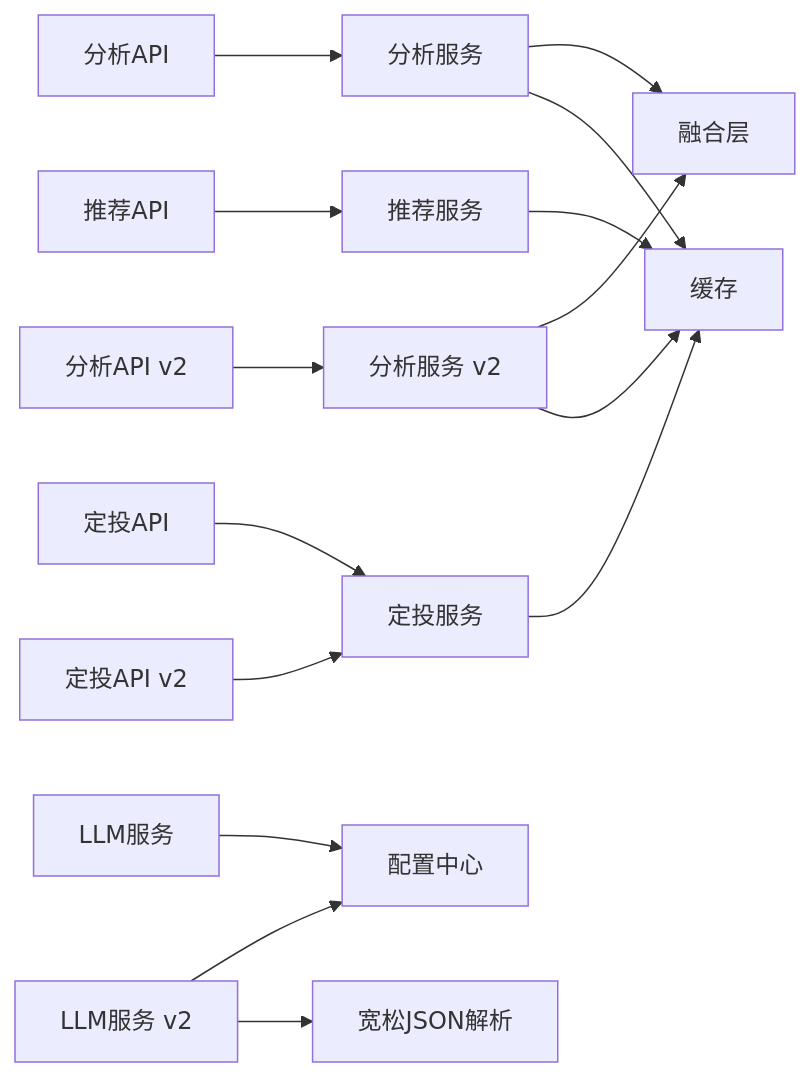
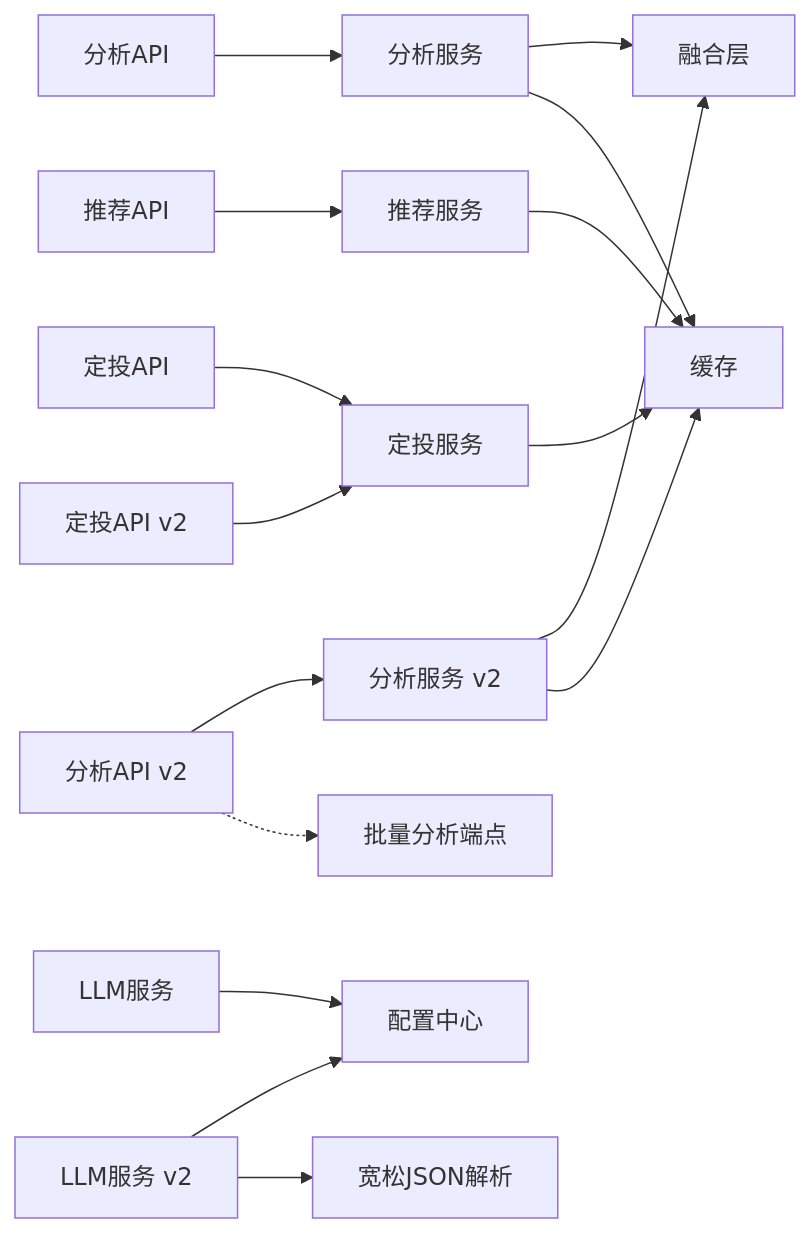
Diagram 11 of 12 in .qoder/repowiki/zh/content/核心功能模块/AI分析服务.md (youkell85/FundTrader), drawn with Mermaid before and after one commit. The commit also changed other lines of this file and 7 other files, not shown here.

````diff
--- a/.qoder/repowiki/zh/content/核心功能模块/AI分析服务.md
+++ b/.qoder/repowiki/zh/content/核心功能模块/AI分析服务.md
@@ -427,17 +468,18 @@
 ```mermaid
 graph LR
 API_A["分析API"] --> SVC_A["分析服务"]
 API_AV2["分析API v2"] --> SVC_AV2["分析服务 v2"]
 API_R["推荐API"] --> SVC_RE["推荐服务"]
 API_D["定投API"] --> SVC_D["定投服务"]
 API_DV2["定投API v2"] --> SVC_D
 SVC_A --> DATA_F["融合层"]
 SVC_RE --> CACHE["缓存"]
 SVC_D --> CACHE
 SVC_A --> CACHE
 SVC_AV2 --> DATA_F
 SVC_AV2 --> CACHE
 SVC_L["LLM服务"] --> CFG["配置中心"]
 SVC_LV2["LLM服务 v2"] --> CFG
 SVC_LV2 --> LENIENT["宽松JSON解析"]
+API_AV2 -.-> BATCH["批量分析端点"]
 ```
````
